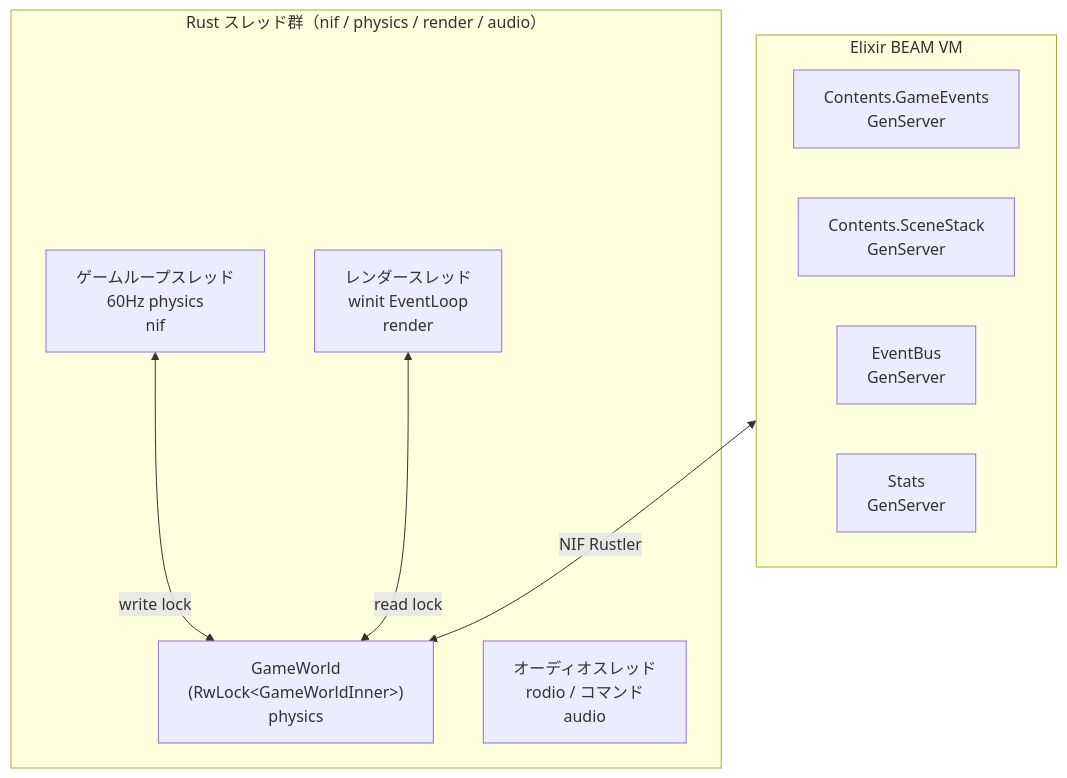
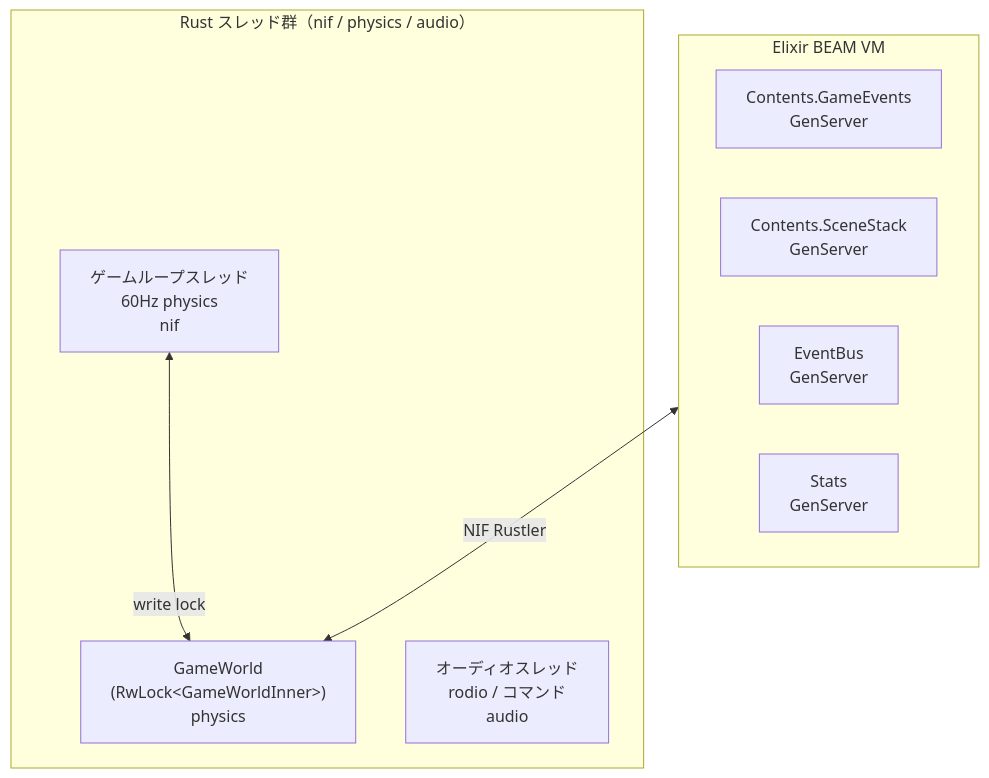
Before and after one commit to FRICK-ELDY/alchemy-engine: diagram 15 of 15 in docs/architecture/overview.md, drawn with Mermaid. The commit also changed other lines of this file and 6 other files, not shown here.

````diff
--- a/docs/architecture/overview.md
+++ b/docs/architecture/overview.md
@@ -570,21 +535,19 @@
 ```mermaid
 graph TB
     subgraph BEAM["Elixir BEAM VM"]
         GEV[Contents.GameEvents\nGenServer]
         SS[Contents.SceneStack\nGenServer]
         EVB[EventBus\nGenServer]
         STS[Stats\nGenServer]
     end
 
     BEAM <-->|NIF Rustler| GW
 
-    subgraph RUST["Rust スレッド群（nif / physics / render / audio）"]
+    subgraph RUST["Rust スレッド群（nif / physics / audio）"]
         GL[ゲームループスレッド\n60Hz physics\nnif]
-        RT[レンダースレッド\nwinit EventLoop\nrender]
         AT[オーディオスレッド\nrodio / コマンド\naudio]
         GW["GameWorld\n(RwLock&lt;GameWorldInner&gt;)\nphysics"]
 
         GL <-->|write lock| GW
-        RT <-->|read lock| GW
     end
 ```
````
